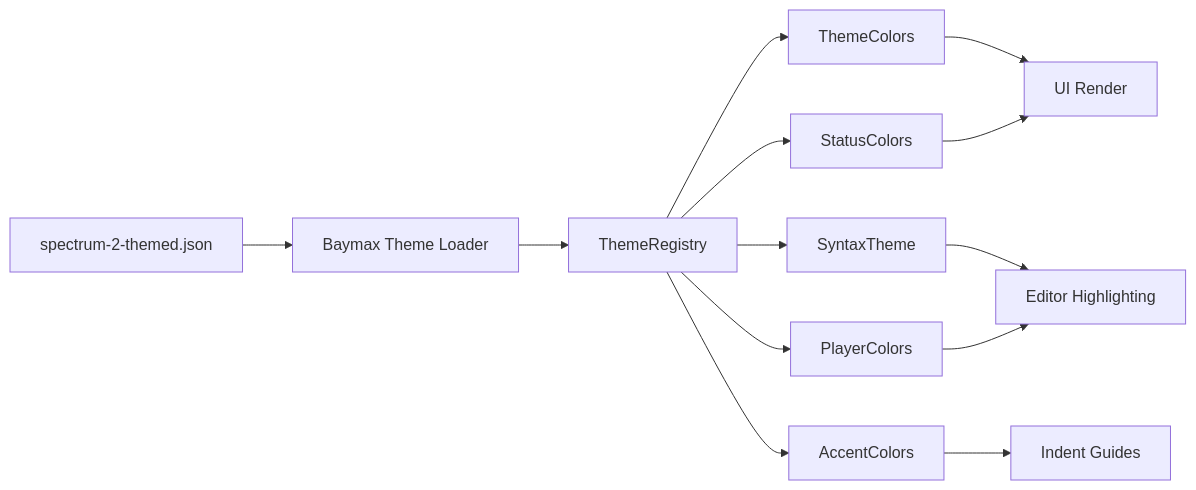
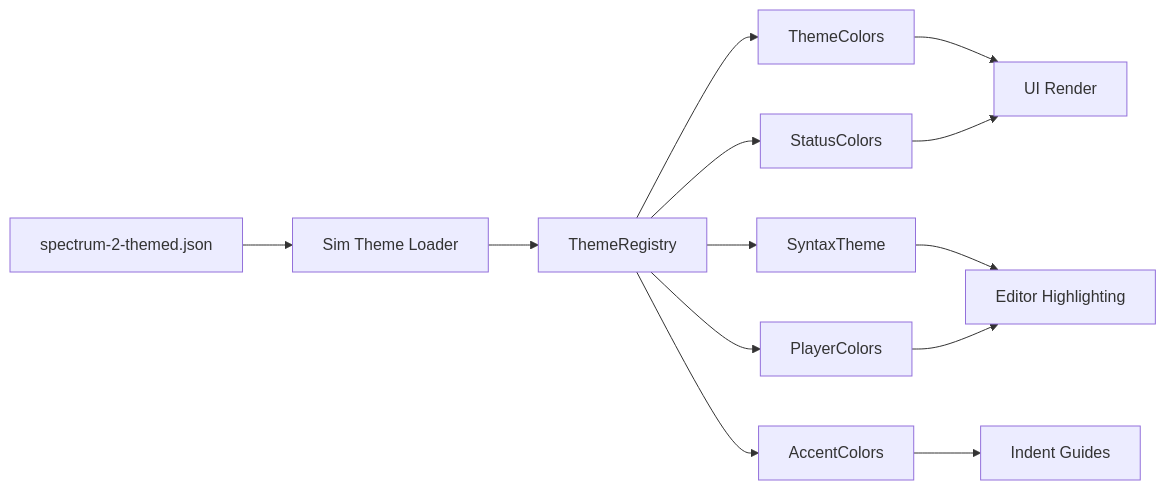
The first of 2 diagrams in .agents/specs/spectrum-2-theme/design.md (imagineerings/xor), drawn with Mermaid before and after one commit. The commit also changed other lines of this file and 1952 other files, not shown here.

Commit message:
chore: rename from baymax to sim (#61)

````diff
--- a/.agents/specs/spectrum-2-theme/design.md
+++ b/.agents/specs/spectrum-2-theme/design.md
@@ -45,15 +45,15 @@
 ```mermaid
 flowchart LR
-    A[spectrum-2-themed.json] --> B[Baymax Theme Loader]
+    A[spectrum-2-themed.json] --> B[Sim Theme Loader]
     B --> C[ThemeRegistry]
     C --> D[ThemeColors]
     C --> E[StatusColors]
     C --> F[SyntaxTheme]
     C --> G[PlayerColors]
     C --> H[AccentColors]
     D --> I[UI Render]
     E --> I
     F --> J[Editor Highlighting]
     G --> J
     H --> K[Indent Guides]
 ```
````
